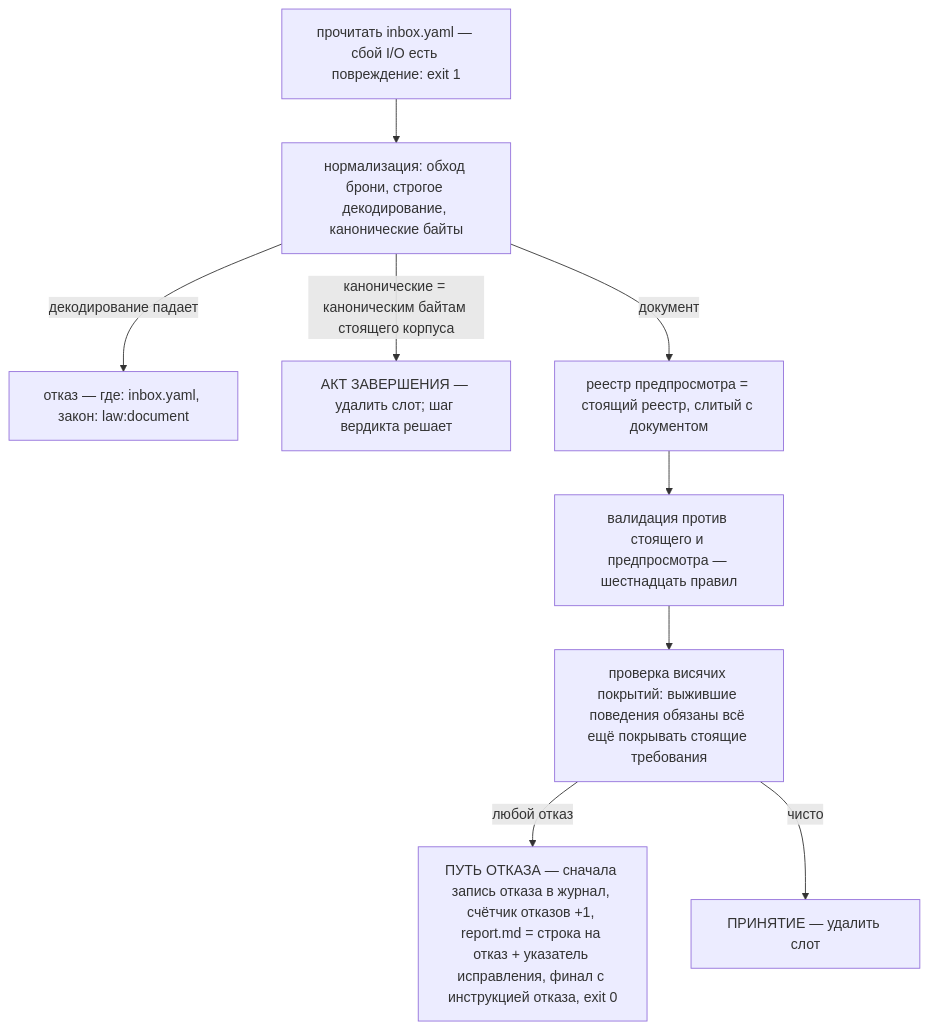
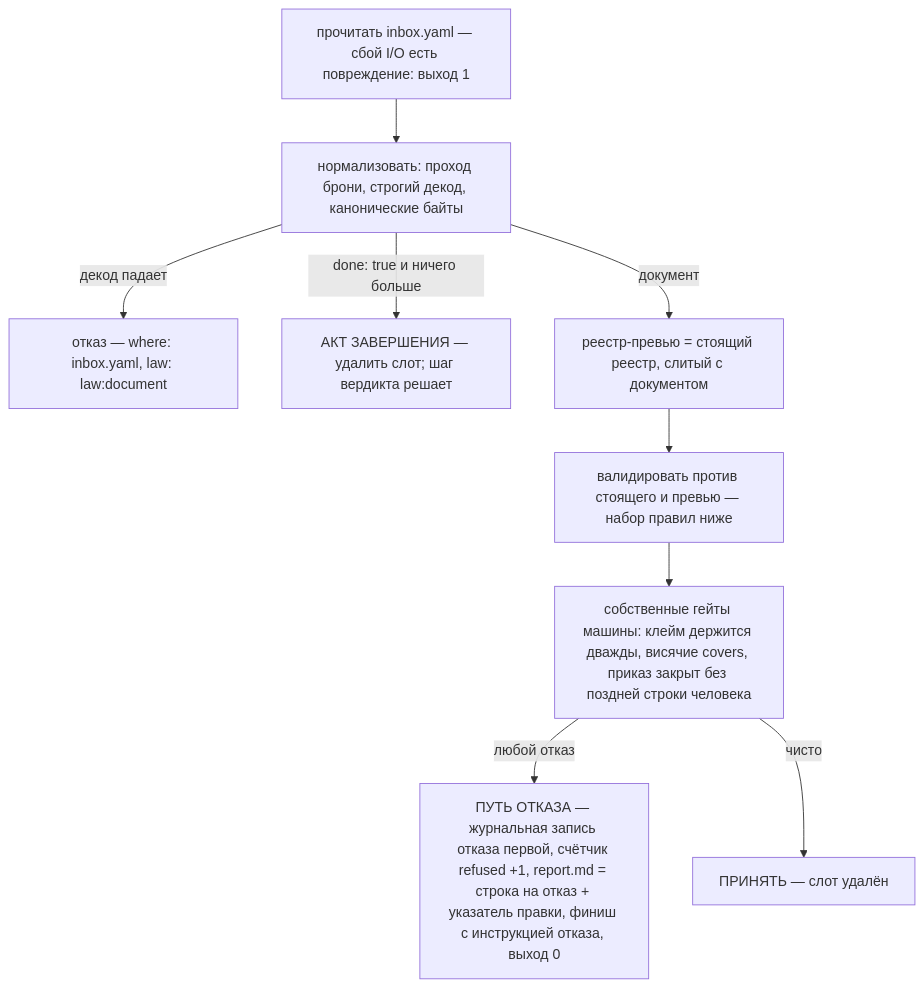
The fourth of 9 diagrams in docs/ARCHITECTURE.ru.md (neurophant/punchtape), drawn with Mermaid before and after one commit. The commit also changed other lines of this file and 80 other files, not shown here.

````diff
--- a/docs/ARCHITECTURE.ru.md
+++ b/docs/ARCHITECTURE.ru.md
@@ -248,11 +298,11 @@
 ```mermaid
 flowchart TD
-    RD["прочитать inbox.yaml — сбой I/O есть повреждение: exit 1"] --> NM["нормализация: обход брони, строгое декодирование, канонические байты"]
-    NM -- "декодирование падает" --> D1["отказ — где: inbox.yaml, закон: law:document"]
-    NM -- "канонические = каноническим байтам стоящего корпуса" --> CA["АКТ ЗАВЕРШЕНИЯ — удалить слот; шаг вердикта решает"]
-    NM -- "документ" --> PV["реестр предпросмотра = стоящий реестр, слитый с документом"]
-    PV --> VA["валидация против стоящего и предпросмотра — шестнадцать правил"]
-    VA --> DC["проверка висячих покрытий: выжившие поведения обязаны всё ещё покрывать стоящие требования"]
-    DC -- "любой отказ" --> RP["ПУТЬ ОТКАЗА — сначала запись отказа в журнал, счётчик отказов +1, report.md = строка на отказ + указатель исправления, финал с инструкцией отказа, exit 0"]
-    DC -- "чисто" --> AC["ПРИНЯТИЕ — удалить слот"]
+    RD["прочитать inbox.yaml — сбой I/O есть повреждение: выход 1"] --> NM["нормализовать: проход брони, строгий декод, канонические байты"]
+    NM -- "декод падает" --> D1["отказ — where: inbox.yaml, law: law:document"]
+    NM -- "done: true и ничего больше" --> CA["АКТ ЗАВЕРШЕНИЯ — удалить слот; шаг вердикта решает"]
+    NM -- "документ" --> PV["реестр-превью = стоящий реестр, слитый с документом"]
+    PV --> VA["валидировать против стоящего и превью — набор правил ниже"]
+    VA --> DC["собственные гейты машины: клейм держится дважды, висячие covers, приказ закрыт без поздней строки человека"]
+    DC -- "любой отказ" --> RP["ПУТЬ ОТКАЗА — журнальная запись отказа первой, счётчик refused +1, report.md = строка на отказ + указатель правки, финиш с инструкцией отказа, выход 0"]
+    DC -- "чисто" --> AC["ПРИНЯТЬ — слот удалён"]
 ```
````
